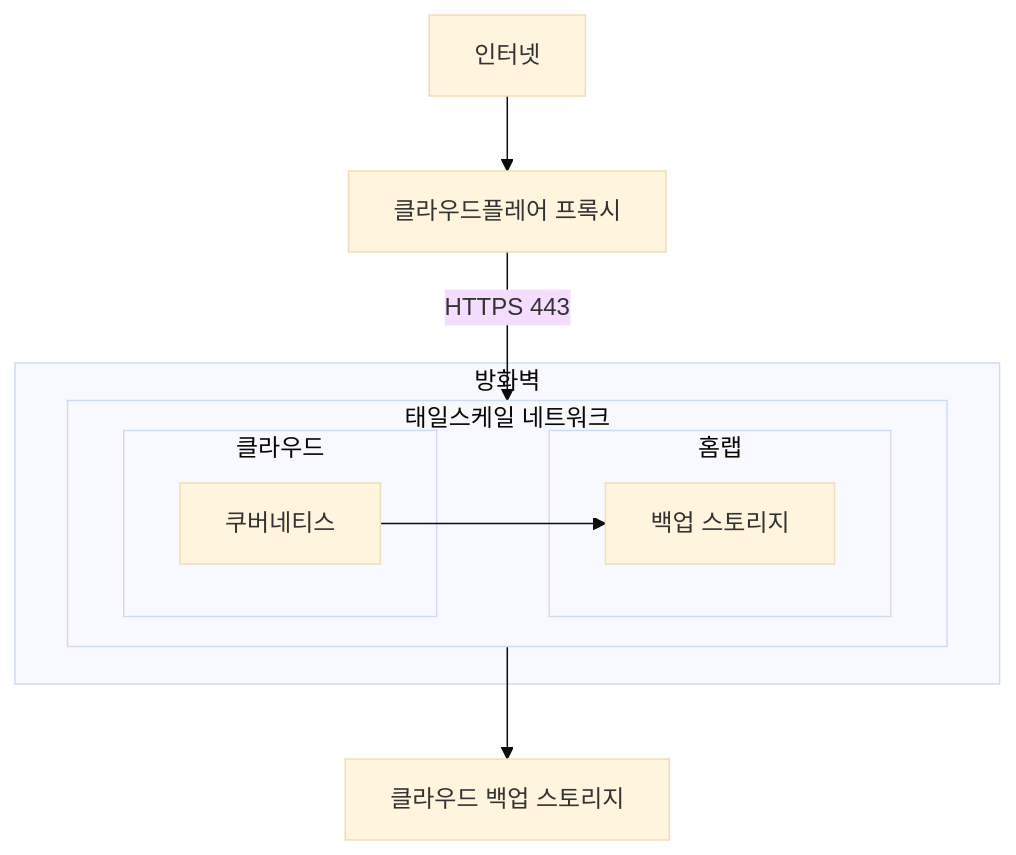
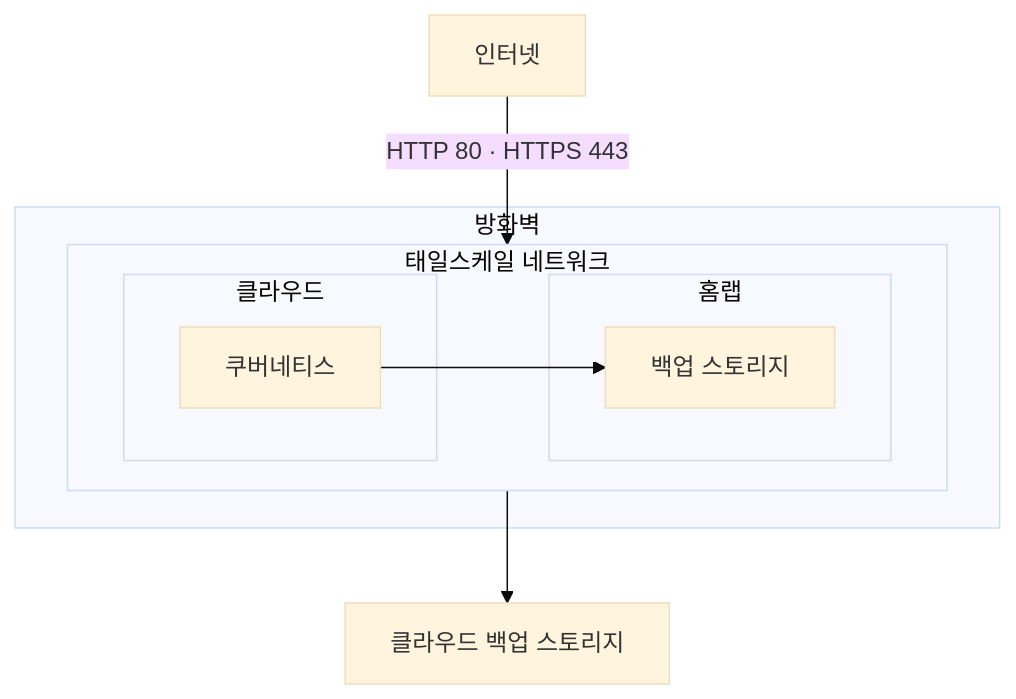
The diagram in readme.md (tinyrack-net/infrastructure), drawn with Mermaid (base theme) before and after one commit. The commit also changed other lines of this file, not shown here.

````diff
--- a/readme.md
+++ b/readme.md
@@ -3,26 +3,24 @@
 ```mermaid
 flowchart TB
     internet["인터넷"]
-    cloudflare-proxy["클라우드플레어 프록시"]
     cloud-storage["클라우드 백업 스토리지"]
-    internet --> cloudflare-proxy
 
     subgraph firewall["방화벽"]
         subgraph tailscale["태일스케일 네트워크"]
             direction LR
 
             subgraph homelab["홈랩"]
                 backup-storage["백업 스토리지"]
             end
 
             subgraph cloud["클라우드"]
                 cluster["쿠버네티스"]
             end
 
             cluster --> backup-storage
         end
     end
 
-    cloudflare-proxy -- "HTTPS 443" --> cluster
+    internet -- "HTTP 80 · HTTPS 443" --> cluster
     backup-storage --> cloud-storage
 ```
````
